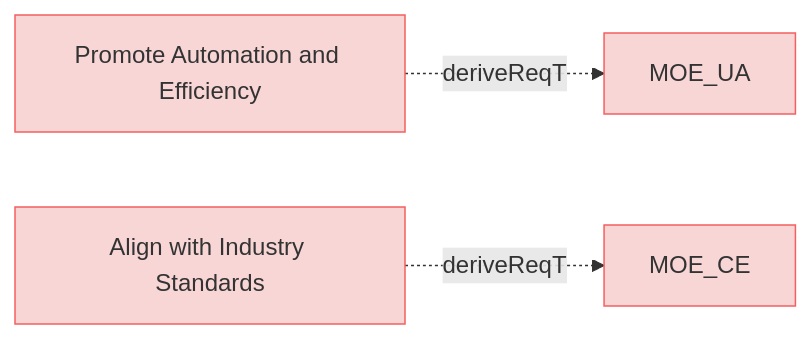
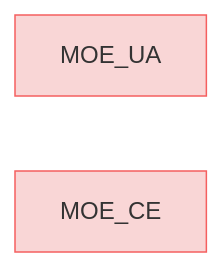
One commit to reqvire-org/reqvire changed the diagram in specifications/MOEs.md. Above: the diagram before and after it, drawn with Mermaid. The commit also changed 65 other files, not shown here.

Commit message:
Diagram generation bug fix: there were opposite relations included.

````diff
--- a/specifications/MOEs.md
+++ b/specifications/MOEs.md
@@ -4,23 +4,15 @@
 ```mermaid
 graph LR;
   %% Graph styling
   classDef requirement fill:#f9d6d6,stroke:#f55f5f,stroke-width:1px;
   classDef verification fill:#d6f9d6,stroke:#5fd75f,stroke-width:1px;
   classDef externalLink fill:#d0e0ff,stroke:#3080ff,stroke-width:1px;
   classDef default fill:#f5f5f5,stroke:#333333,stroke-width:1px;
 
-  b3f57e49f7["MOE_CE"];
-  click b3f57e49f7 "MOEs.md#moe_ce";
-  class b3f57e49f7 requirement;
-  cc8c3af529["Align with Industry Standards"];
-  class cc8c3af529 requirement;
-  click cc8c3af529 "MissionRequirements.md#align-with-industry-standards";
-  cc8c3af529 -.->|deriveReqT| b3f57e49f7;
-  f6237e49f7["MOE_UA"];
-  click f6237e49f7 "MOEs.md#moe_ua";
-  class f6237e49f7 requirement;
-  3796077916["Promote Automation and Efficiency"];
-  class 3796077916 requirement;
-  click 3796077916 "MissionRequirements.md#promote-automation-and-efficiency";
-  3796077916 -.->|deriveReqT| f6237e49f7;
+  f6237e49f7494c0e["MOE_UA"];
+  click f6237e49f7494c0e "MOEs.md#moe_ua";
+  class f6237e49f7494c0e requirement;
+  b3f57e49f7494c0e["MOE_CE"];
+  click b3f57e49f7494c0e "MOEs.md#moe_ce";
+  class b3f57e49f7494c0e requirement;
 ```
````
